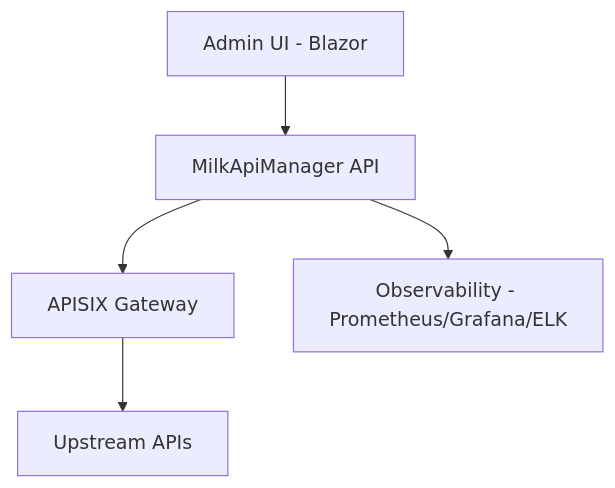
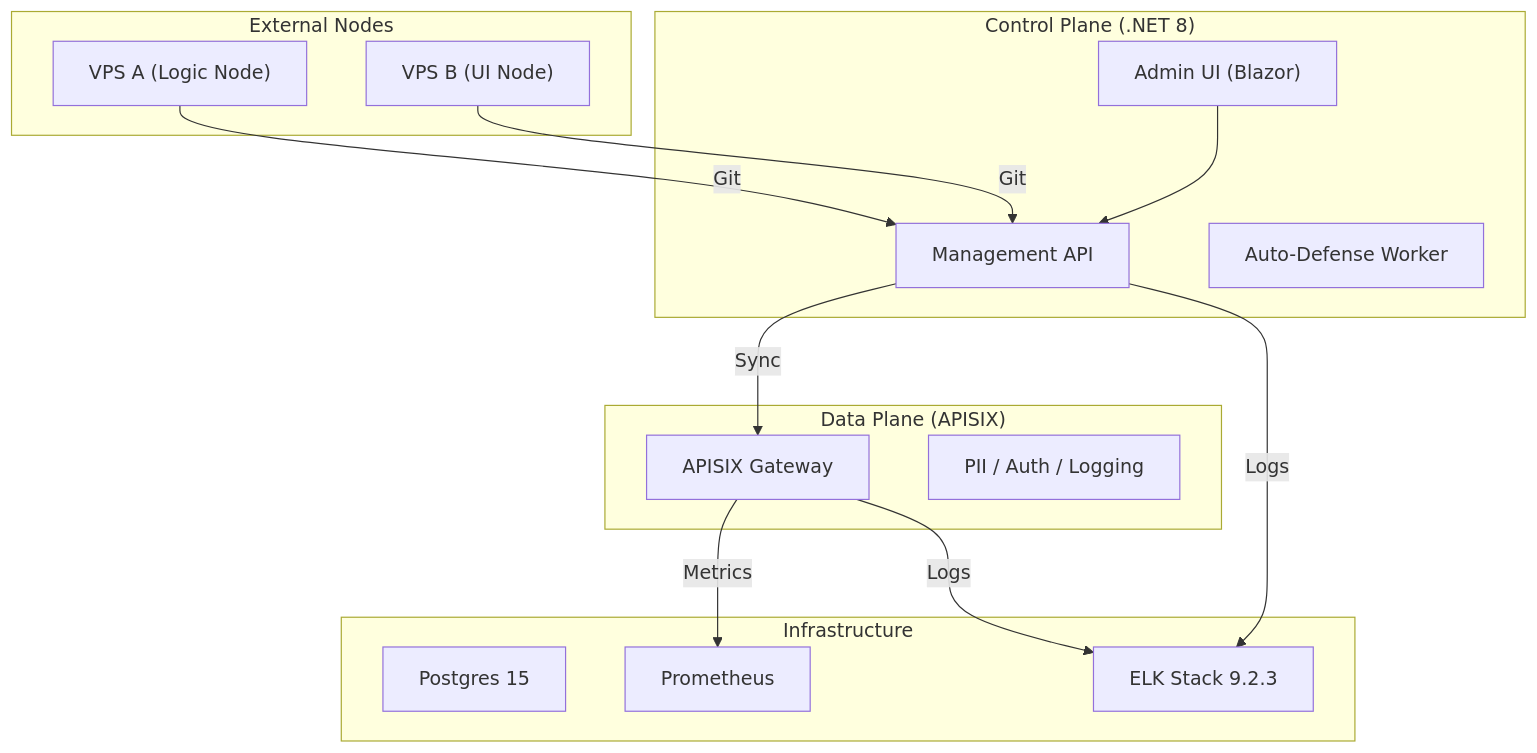
Before and after one commit to fdjy1234/milk-api-manager-system: the diagram in README.md, drawn with Mermaid. The commit also changed other lines of this file, not shown here.

Commit message:
docs: comprehensive rewrite of README to reflect new advanced features and architecture

````diff
--- a/README.md
+++ b/README.md
@@ -19,7 +34,30 @@
 ```mermaid
-flowchart TD
-   UI["Admin UI - Blazor"] --> API["MilkApiManager API"]
-   API --> APISIX["APISIX Gateway"]
-   APISIX --> Upstream["Upstream APIs"]
-   API --> Obs["Observability - Prometheus/Grafana/ELK"]
+flowchart TB
+    subgraph "External Nodes"
+        VPSA["VPS A (Logic Node)"]
+        VPSB["VPS B (UI Node)"]
+    end
+
+    subgraph "Control Plane (.NET 8)"
+        UI["Admin UI (Blazor)"]
+        API["Management API"]
+        Worker["Auto-Defense Worker"]
+    end
+
+    subgraph "Data Plane (APISIX)"
+        GW["APISIX Gateway"]
+        Plugin["PII / Auth / Logging"]
+    end
+
+    subgraph "Infrastructure"
+        DB[Postgres 15]
+        PROM[Prometheus]
+        ELK[ELK Stack 9.2.3]
+    end
+
+    VPSA & VPSB -->|Git| API
+    UI --> API
+    API -->|Sync| GW
+    GW -->|Metrics| PROM
+    GW & API -->|Logs| ELK
 ```
````
